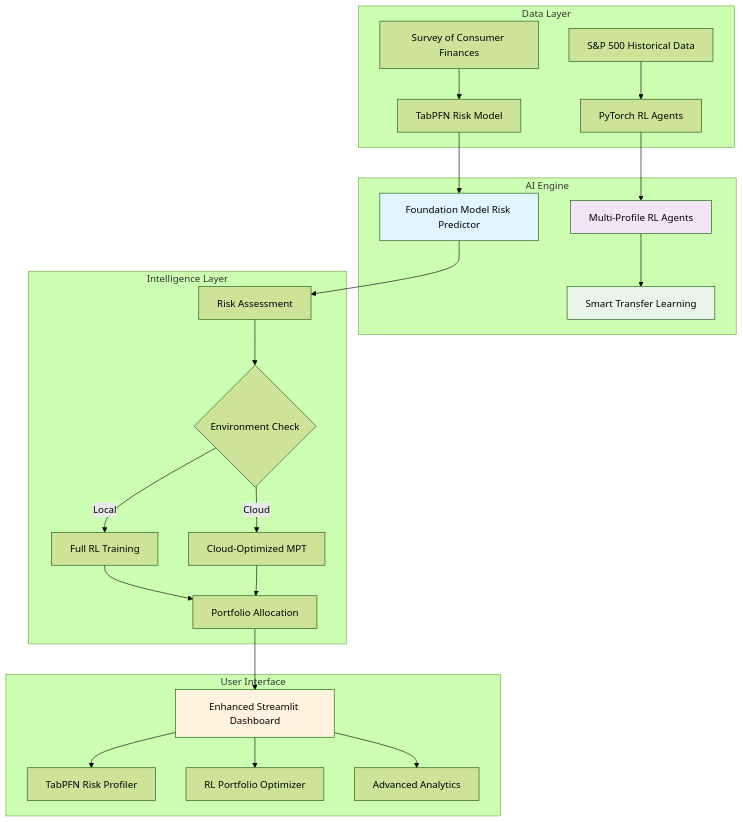
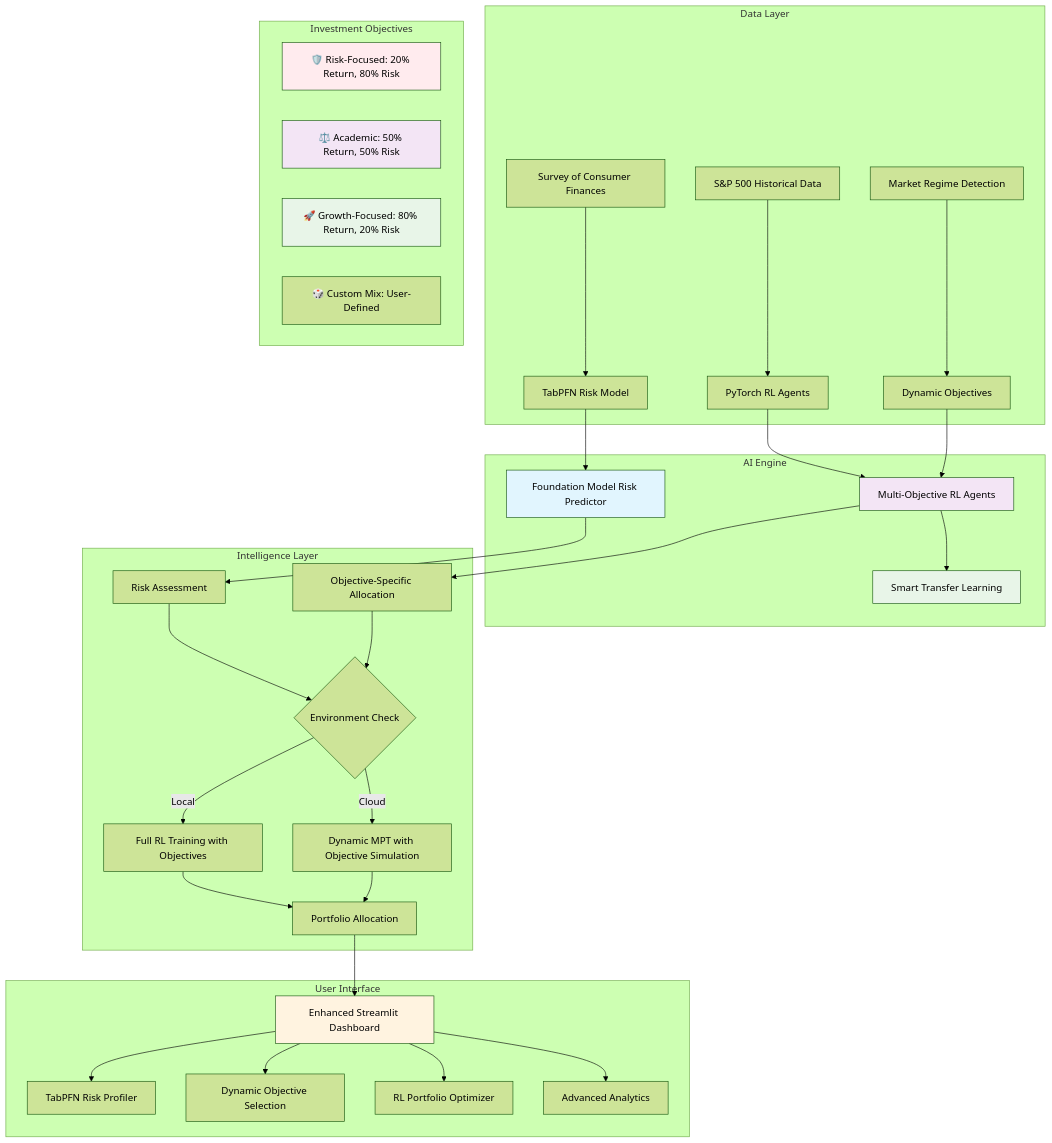
One commit to Adredes-weslee/Using_Artificial_Intelligence_to_Develop_a_Robo_Advisor changed the diagram in README.md. Above: the diagram before and after it, drawn with Mermaid (forest theme). The commit also changed other lines of this file, not shown here.

Commit message:
Enhance README to reflect dynamic investment objectives and market regime awareness; update key features, project overview, and model training instructions for improved clarity and usability.

````diff
--- a/README.md
+++ b/README.md
@@ -28,34 +30,49 @@
 ```mermaid
 graph TB
     subgraph "Data Layer"
         A[Survey of Consumer Finances] --> B[TabPFN Risk Model]
         C[S&P 500 Historical Data] --> D[PyTorch RL Agents]
+        E[Market Regime Detection] --> F[Dynamic Objectives]
     end
     
     subgraph "AI Engine"
-        B --> E[Foundation Model Risk Predictor]
-        D --> F[Multi-Profile RL Agents]
-        F --> G[Smart Transfer Learning]
+        B --> G[Foundation Model Risk Predictor]
+        D --> H[Multi-Objective RL Agents]
+        F --> H
+        H --> I[Smart Transfer Learning]
+    end
+    
+    subgraph "Investment Objectives"
+        J[🛡️ Risk-Focused: 20% Return, 80% Risk]
+        K[⚖️ Academic: 50% Return, 50% Risk]
+        L[🚀 Growth-Focused: 80% Return, 20% Risk]
+        M[🎲 Custom Mix: User-Defined]
     end
     
     subgraph "Intelligence Layer"
-        E --> H[Risk Assessment]
-        H --> I{Environment Check}
-        I -->|Local| J[Full RL Training]
-        I -->|Cloud| K[Cloud-Optimized MPT]
-        J --> L[Portfolio Allocation]
-        K --> L
+        G --> N[Risk Assessment]
+        H --> O[Objective-Specific Allocation]
+        N --> P{Environment Check}
+        O --> P
+        P -->|Local| Q[Full RL Training with Objectives]
+        P -->|Cloud| R[Dynamic MPT with Objective Simulation]
+        Q --> S[Portfolio Allocation]
+        R --> S
     end
     
     subgraph "User Interface"
-        L --> M[Enhanced Streamlit Dashboard]
-        M --> N[TabPFN Risk Profiler]
-        M --> O[RL Portfolio Optimizer]
-        M --> P[Advanced Analytics]
+        S --> T[Enhanced Streamlit Dashboard]
+        T --> U[TabPFN Risk Profiler]
+        T --> V[Dynamic Objective Selection]
+        T --> W[RL Portfolio Optimizer]
+        T --> X[Advanced Analytics]
     end
     
-    style E fill:#e1f5fe
-    style F fill:#f3e5f5
-    style M fill:#fff3e0
-    style G fill:#e8f5e8
+    style G fill:#e1f5fe
+    style H fill:#f3e5f5
+    style T fill:#fff3e0
+    style I fill:#e8f5e8
+    style J fill:#ffebee
+    style K fill:#f3e5f5
+    style L fill:#e8f5e8
 ```
````
